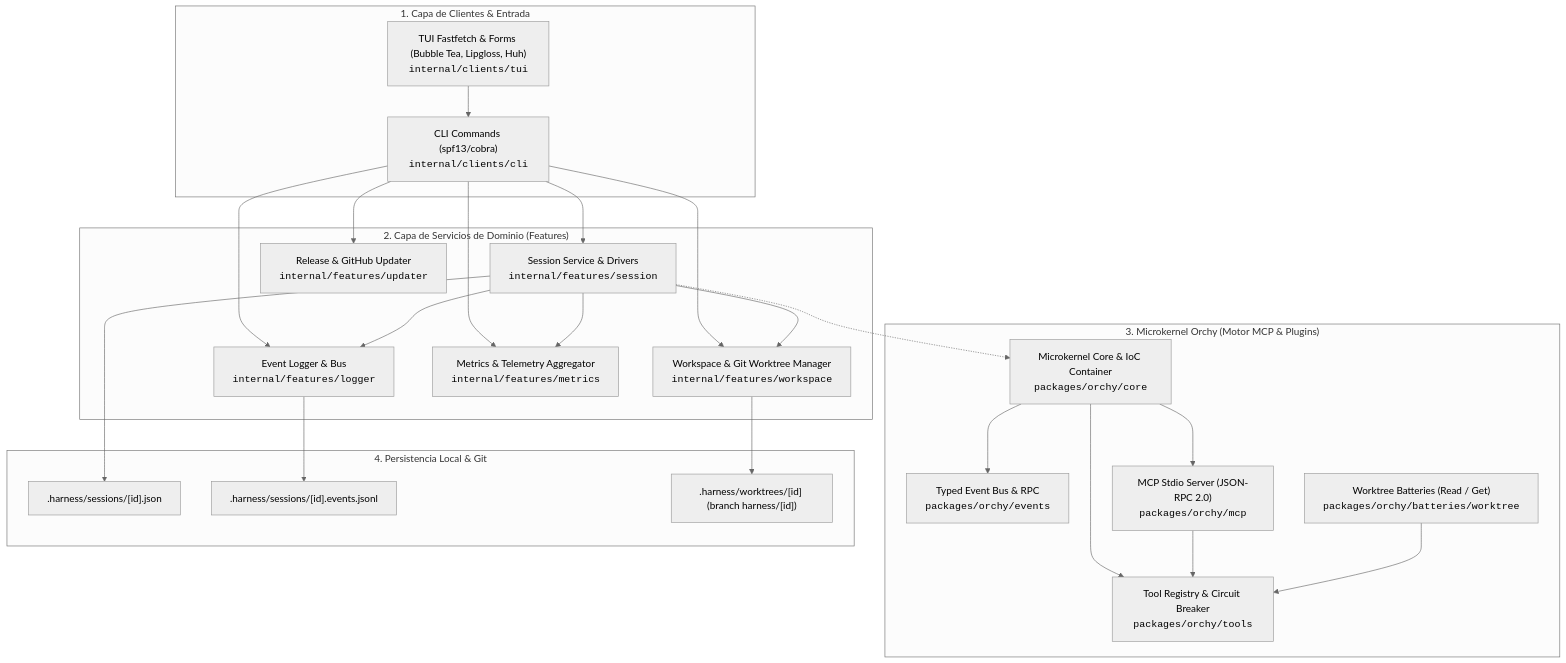
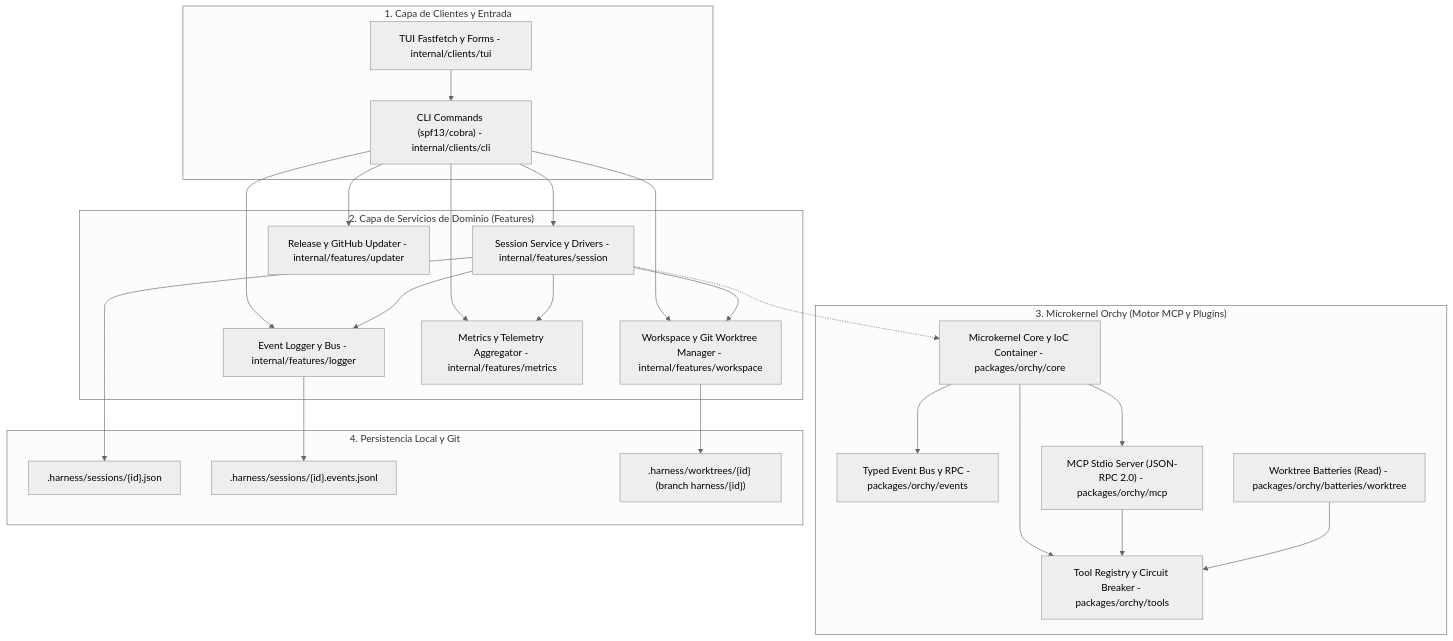
The first of 2 diagrams in docs/architecture/overview.md (GountzJs/gountz-ia), drawn with Mermaid (neutral theme) before and after one commit. The commit also changed other lines of this file and 14 other files, not shown here.

````diff
--- a/docs/architecture/overview.md
+++ b/docs/architecture/overview.md
@@ -9,50 +9,50 @@
 ```mermaid
 flowchart TB
-    subgraph UI ["1. Capa de Clientes & Entrada"]
-        CLI["CLI Commands (spf13/cobra)<br/><code>internal/clients/cli</code>"]
-        TUI["TUI Fastfetch & Forms (Bubble Tea, Lipgloss, Huh)<br/><code>internal/clients/tui</code>"]
+    subgraph UI ["1. Capa de Clientes y Entrada"]
+        CLI["CLI Commands (spf13/cobra) - internal/clients/cli"]
+        TUI["TUI Fastfetch y Forms - internal/clients/tui"]
     end
 
     subgraph CoreFeatures ["2. Capa de Servicios de Dominio (Features)"]
-        SESS["Session Service & Drivers<br/><code>internal/features/session</code>"]
-        WORK["Workspace & Git Worktree Manager<br/><code>internal/features/workspace</code>"]
-        LOG["Event Logger & Bus<br/><code>internal/features/logger</code>"]
-        METR["Metrics & Telemetry Aggregator<br/><code>internal/features/metrics</code>"]
-        UPDT["Release & GitHub Updater<br/><code>internal/features/updater</code>"]
+        SESS["Session Service y Drivers - internal/features/session"]
+        WORK["Workspace y Git Worktree Manager - internal/features/workspace"]
+        LOG["Event Logger y Bus - internal/features/logger"]
+        METR["Metrics y Telemetry Aggregator - internal/features/metrics"]
+        UPDT["Release y GitHub Updater - internal/features/updater"]
     end
 
-    subgraph KernelLayer ["3. Microkernel Orchy (Motor MCP & Plugins)"]
-        KERNEL["Microkernel Core & IoC Container<br/><code>packages/orchy/core</code>"]
-        BUS["Typed Event Bus & RPC<br/><code>packages/orchy/events</code>"]
-        MCP["MCP Stdio Server (JSON-RPC 2.0)<br/><code>packages/orchy/mcp</code>"]
-        TOOLS["Tool Registry & Circuit Breaker<br/><code>packages/orchy/tools</code>"]
-        BATT["Worktree Batteries (Read / Get)<br/><code>packages/orchy/batteries/worktree</code>"]
+    subgraph KernelLayer ["3. Microkernel Orchy (Motor MCP y Plugins)"]
+        KERNEL["Microkernel Core y IoC Container - packages/orchy/core"]
+        BUS["Typed Event Bus y RPC - packages/orchy/events"]
+        MCP["MCP Stdio Server (JSON-RPC 2.0) - packages/orchy/mcp"]
+        TOOLS["Tool Registry y Circuit Breaker - packages/orchy/tools"]
+        BATT["Worktree Batteries (Read) - packages/orchy/batteries/worktree"]
     end
 
-    subgraph Storage ["4. Persistencia Local & Git"]
-        SESS_JSON[".harness/sessions/[id].json"]
-        EVENTS_JSONL[".harness/sessions/[id].events.jsonl"]
-        WORKTREE_DIR[".harness/worktrees/[id] (branch harness/[id])"]
+    subgraph Storage ["4. Persistencia Local y Git"]
+        SESS_JSON[".harness/sessions/{id}.json"]
+        EVENTS_JSONL[".harness/sessions/{id}.events.jsonl"]
+        WORKTREE_DIR[".harness/worktrees/{id} (branch harness/{id})"]
     end
 
     CLI --> SESS
     CLI --> WORK
     CLI --> LOG
     CLI --> METR
     CLI --> UPDT
     TUI --> CLI
 
     SESS --> WORK
     SESS --> LOG
     SESS --> METR
     SESS --> SESS_JSON
     LOG --> EVENTS_JSONL
     WORK --> WORKTREE_DIR
 
     SESS -.-> KERNEL
     KERNEL --> BUS
     KERNEL --> TOOLS
     KERNEL --> MCP
     MCP --> TOOLS
     BATT --> TOOLS
 ```
````
